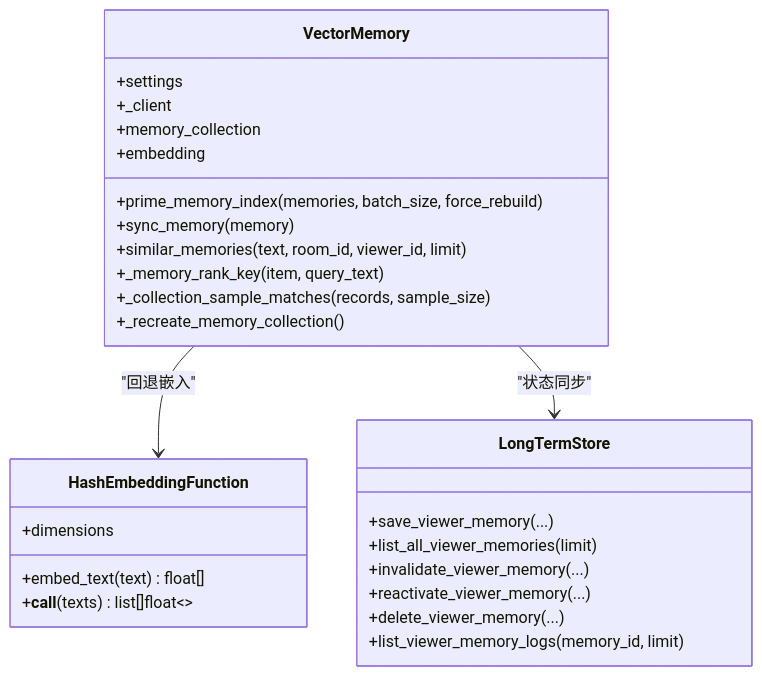
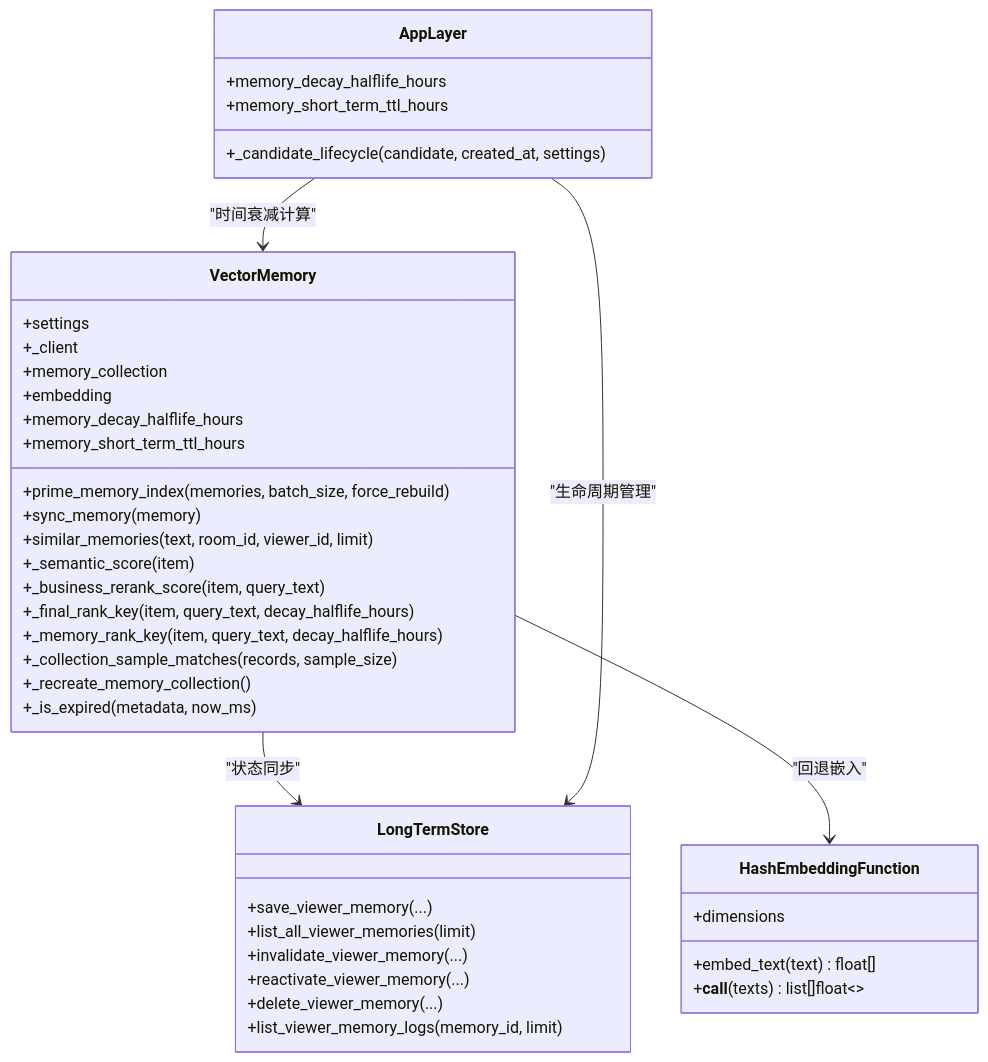
The third of 8 diagrams in .qoder/repowiki/zh/content/后端服务/内存管理系统/向量存储管理.md (Moon-Force/DouYin_llm), drawn with Mermaid before and after one commit. The commit also changed other lines of this file and 34 other files, not shown here.

````diff
--- a/.qoder/repowiki/zh/content/后端服务/内存管理系统/向量存储管理.md
+++ b/.qoder/repowiki/zh/content/后端服务/内存管理系统/向量存储管理.md
@@ -197,30 +237,43 @@
 ```mermaid
 classDiagram
 class VectorMemory {
 +settings
 +_client
 +memory_collection
 +embedding
 +prime_memory_index(memories, batch_size, force_rebuild)
 +sync_memory(memory)
 +similar_memories(text, room_id, viewer_id, limit)
-+_memory_rank_key(item, query_text)
++_semantic_score(item)
++_business_rerank_score(item, query_text)
++_final_rank_key(item, query_text, decay_halflife_hours)
++_memory_rank_key(item, query_text, decay_halflife_hours)
 +_collection_sample_matches(records, sample_size)
 +_recreate_memory_collection()
++memory_decay_halflife_hours
++memory_short_term_ttl_hours
++_is_expired(metadata, now_ms)
 }
 class HashEmbeddingFunction {
 +dimensions
 +embed_text(text) float[]
 +__call__(texts) list[]float~~
 }
 class LongTermStore {
 +save_viewer_memory(...)
 +list_all_viewer_memories(limit)
 +invalidate_viewer_memory(...)
 +reactivate_viewer_memory(...)
 +delete_viewer_memory(...)
 +list_viewer_memory_logs(memory_id, limit)
 }
+class AppLayer {
++_candidate_lifecycle(candidate, created_at, settings)
++memory_decay_halflife_hours
++memory_short_term_ttl_hours
+}
 VectorMemory --> HashEmbeddingFunction : "回退嵌入"
 VectorMemory --> LongTermStore : "状态同步"
+AppLayer --> LongTermStore : "生命周期管理"
+AppLayer --> VectorMemory : "时间衰减计算"
 ```
````
